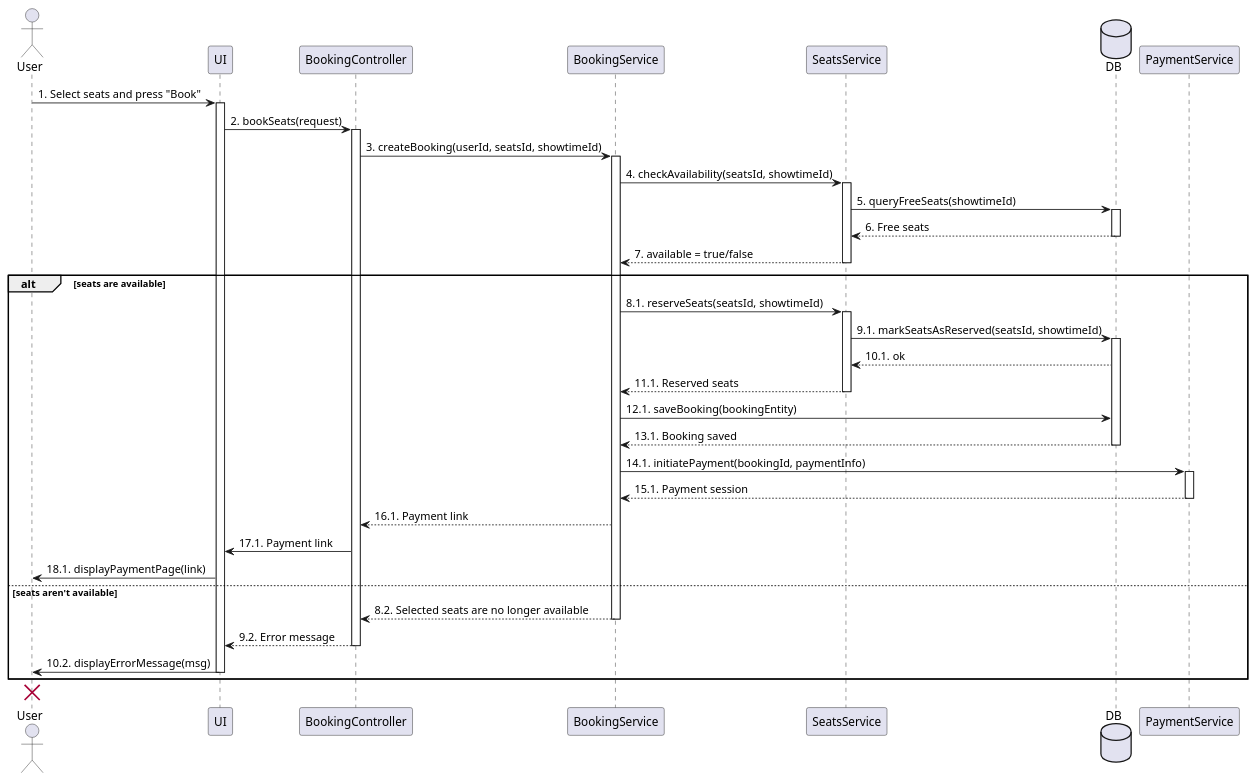
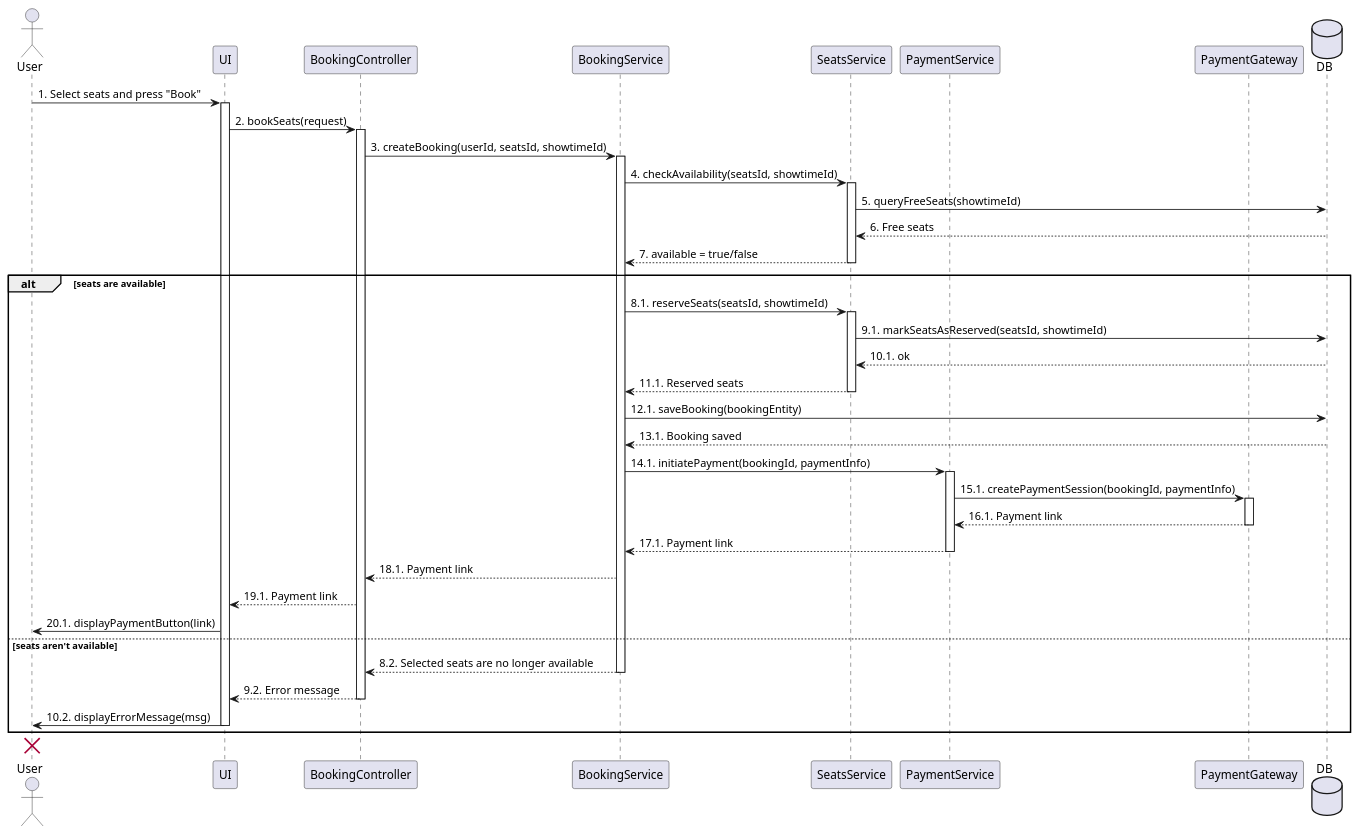
The diagram in Lab3/book-seats.puml (Fererra/KPI), drawn with PlantUML before and after one commit. The commit also changed 1 other file, not shown here.

Commit message:
refactor: update the booking sequence diagram

```diff
--- a/Lab3/book-seats.puml
+++ b/Lab3/book-seats.puml
@@ -1,58 +1,59 @@
 @startuml
 actor User
 participant UI
 participant BookingController as BC
 participant BookingService as BS
 participant SeatsService as SS
+participant PaymentService as PS
+participant PaymentGateway as PG
 database DB
-participant PaymentService as PS
 
 User -> UI : 1. Select seats and press "Book"
 activate UI
 UI -> BC : 2. bookSeats(request)
 activate BC
 BC -> BS : 3. createBooking(userId, seatsId, showtimeId)
 activate BS
 
 BS -> SS : 4. checkAvailability(seatsId, showtimeId)
 activate SS
 SS -> DB : 5. queryFreeSeats(showtimeId)
-activate DB
 DB --> SS : 6. Free seats
-deactivate DB
 SS --> BS : 7. available = true/false
 deactivate SS
 
 alt seats are available
     BS -> SS : 8.1. reserveSeats(seatsId, showtimeId)
     activate SS
     SS -> DB : 9.1. markSeatsAsReserved(seatsId, showtimeId)
 
-    activate DB
     DB --> SS : 10.1. ok
     SS --> BS : 11.1. Reserved seats
     deactivate SS
 
     BS -> DB : 12.1. saveBooking(bookingEntity)
     DB --> BS : 13.1. Booking saved
-    deactivate DB
 
     BS -> PS : 14.1. initiatePayment(bookingId, paymentInfo)
     activate PS
-    PS --> BS : 15.1. Payment session
+    PS -> PG : 15.1. createPaymentSession(bookingId, paymentInfo)
+    activate PG
+    PG --> PS : 16.1. Payment link
+    deactivate PG
+    PS --> BS : 17.1. Payment link
     deactivate PS
 
-    BS --> BC : 16.1. Payment link
-    BC -> UI : 17.1. Payment link
-    UI -> User : 18.1. displayPaymentPage(link)
+    BS --> BC : 18.1. Payment link
+    BC --> UI : 19.1. Payment link
+    UI -> User : 20.1. displayPaymentButton(link)
 else seats aren't available
     BS --> BC : 8.2. Selected seats are no longer available
     deactivate BS
     BC --> UI : 9.2. Error message
     deactivate BC
     UI -> User : 10.2. displayErrorMessage(msg)
     deactivate UI
 end
 
 destroy User
 @enduml
```
